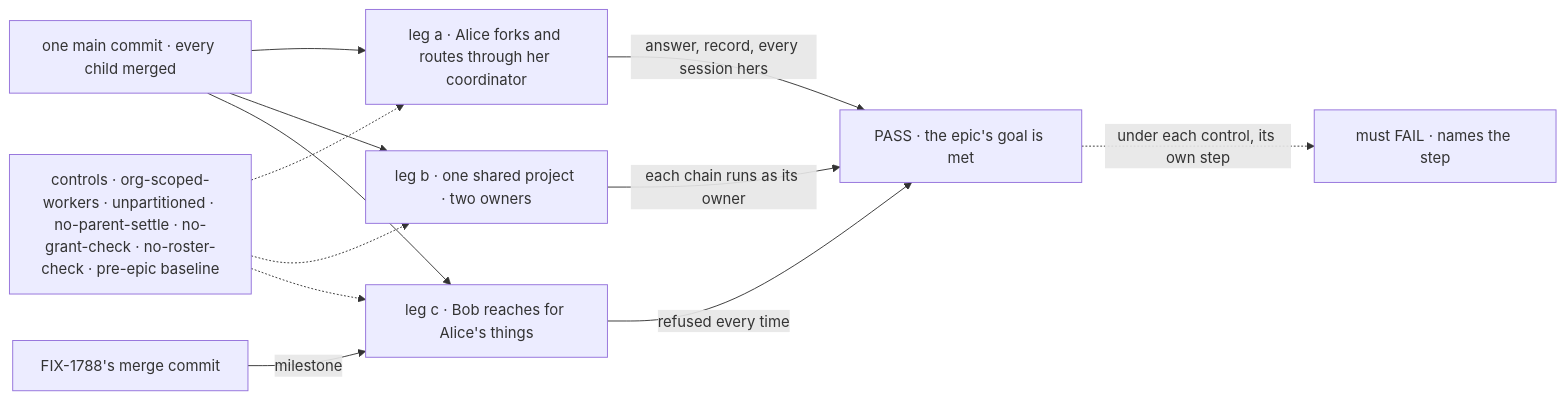
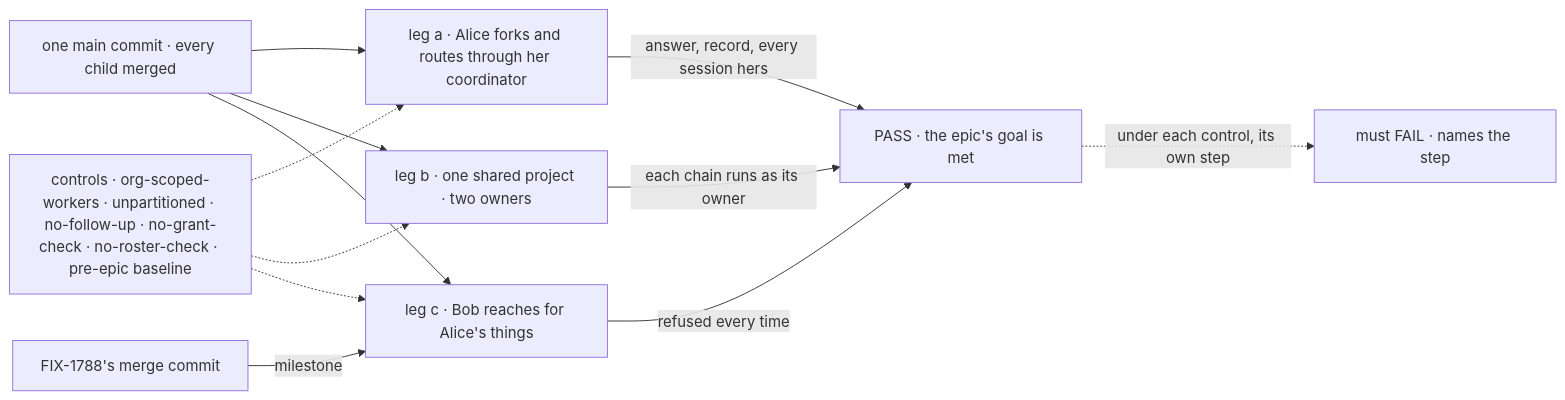
One commit to fixpoint-labs/flow-state-dev changed the diagram in specs/issues/FIX-1797/SPEC.md. Above: the diagram before and after it, drawn with Mermaid. The commit also changed other lines of this file and 2 other files, not shown here.

````diff
--- a/specs/issues/FIX-1797/SPEC.md
+++ b/specs/issues/FIX-1797/SPEC.md
@@ -33,14 +33,14 @@
 ```mermaid
 flowchart LR
   M["one main commit · every child merged"] --> A["leg a · Alice forks and routes through her coordinator"]
   M --> B["leg b · one shared project · two owners"]
   M --> C["leg c · Bob reaches for Alice's things"]
   E["FIX-1788's merge commit"] -->|"milestone"| C
   A -->|"answer, record, every session hers"| P["PASS · the epic's goal is met"]
   B -->|"each chain runs as its owner"| P
   C -->|"refused every time"| P
-  X["controls · org-scoped-workers · unpartitioned · no-parent-settle · no-grant-check · no-roster-check · pre-epic baseline"] -.-> A
+  X["controls · org-scoped-workers · unpartitioned · no-follow-up · no-grant-check · no-roster-check · pre-epic baseline"] -.-> A
   X -.-> B
   X -.-> C
   P -.->|"under each control, its own step"| F["must FAIL · names the step"]
 ```
````
